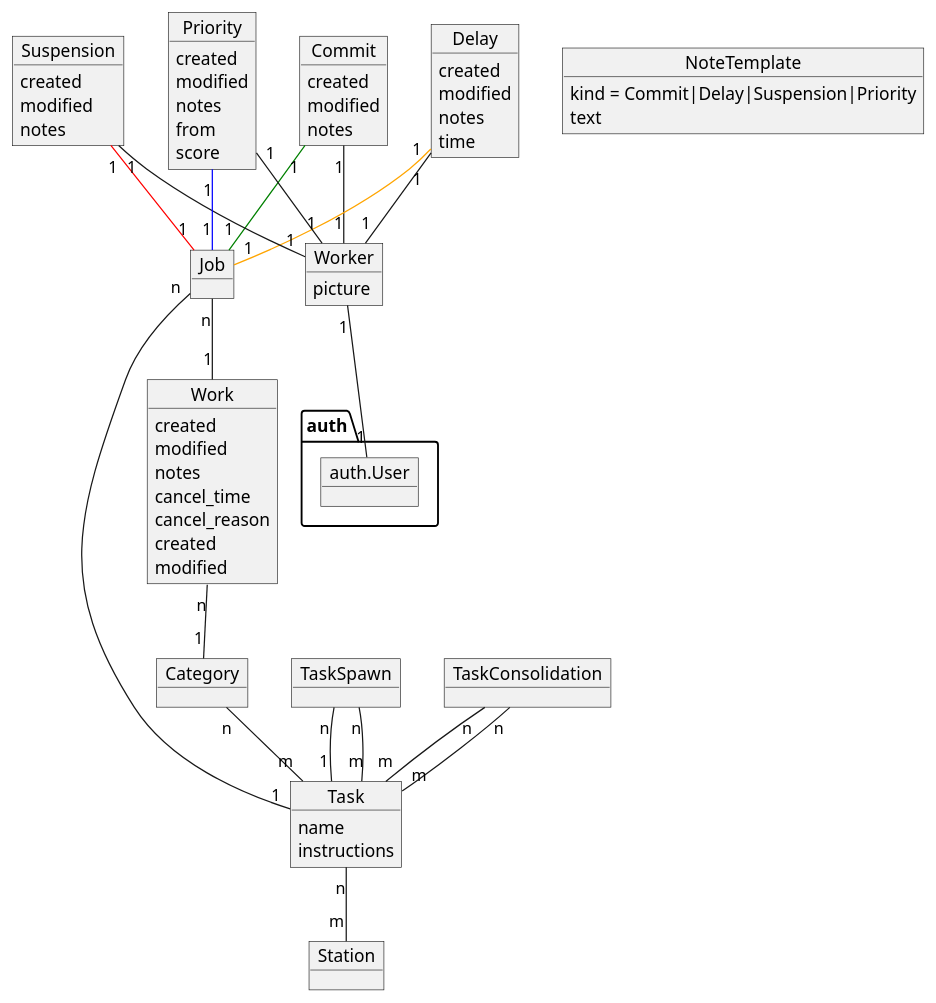
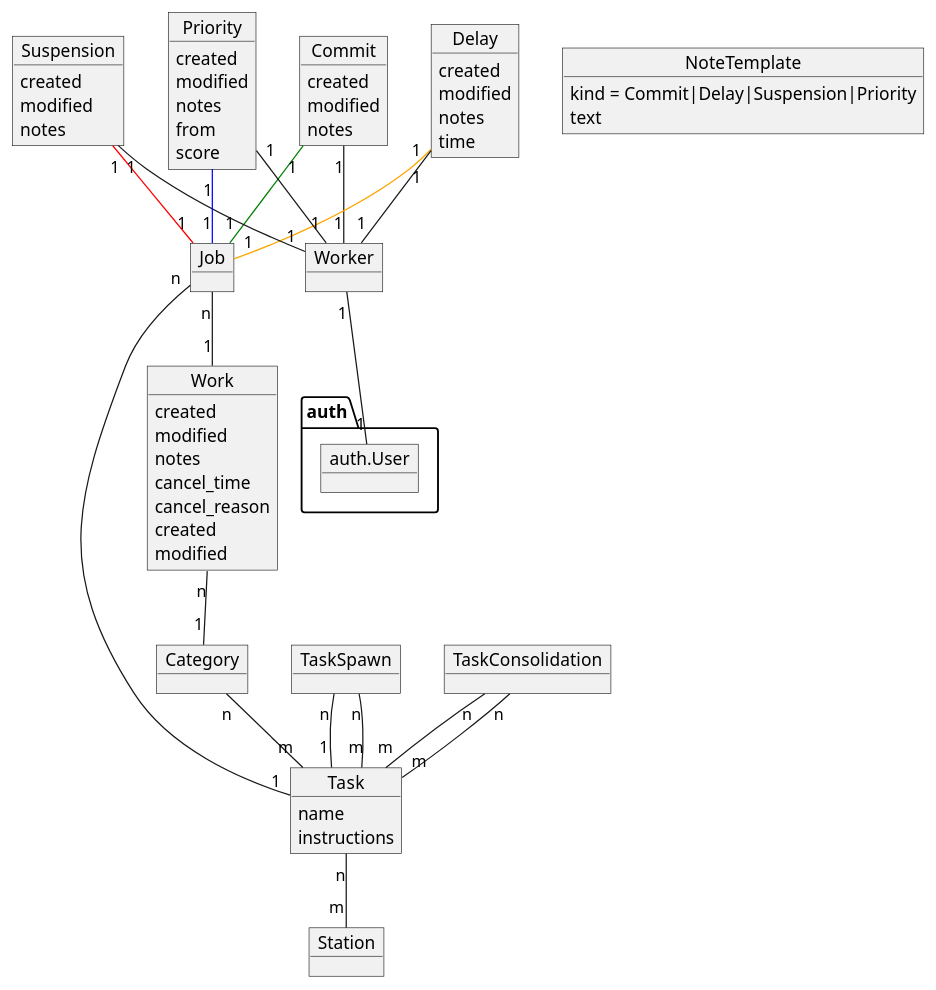
One commit to iriswm/iris changed the diagram in docs/application.plantuml. Above: the diagram before and after it, drawn with PlantUML. The commit also changed 2 other files, not shown here.

Commit message:
Remove worker pictures

```diff
--- a/docs/application.plantuml
+++ b/docs/application.plantuml
@@ -1,193 +1,189 @@
 @startuml
 
 /'
 
 Each time the workshop receives a new order, each single item to be created is
 stored as a `Work` in the Iris site.
 
 Works track creation and modification times, can have notes and can be
 cancelled.
 
 '/
 
 object Work
 
 Work : created
 Work : modified
 Work : notes
 Work : cancel_time
 Work : cancel_reason
 
 /'
 
 Each work will be part of a `Category`. Categories will map each work to a set
 of tasks (`Task` objects).
 
 Each task has individual `instructions` and a simple `name`.
 
 When a new work is created, the category is checked and an appropriate set of
 jobs are created (`Job` objects). Each of this jobs, when completed, will span
 extra works according to another model called `TaskSpawn`. Also, some tasks
 will be spawned when a set of tasks for the same line are completed (only when
 they are all completed). This tasks depending on sets of tasks are kept in the
 model `TaskConsolidation`.
 
 '/
 
 object Category
 
 Work "n" -- "1" Category
 
 object Task
 
 Category "n" -- "m" Task
 
 Task : name
 Task : instructions
 
 object Job
 
 Job "n" -- "1" Task
 Job "n" -- "1" Work
 
 object TaskSpawn
 object TaskConsolidation
 
 TaskSpawn "n" -- "1" Task
 TaskSpawn "n" -- "m" Task
 TaskConsolidation "n" -- "m" Task
 TaskConsolidation "n" -- "m" Task
 
 /'
 
 The items in the models `Task`, `Category`, `TaskSpawn` and `TaskConsolidation`
 represent trees of works needed to consider an order fulfilled.
 
 The works can be completed by any worker, identified in the model `Worker` and
 connected to an Django `User`. The works are marked as completed creating a new
 item in another model called `Commit`.
 
-Worker can have a picture to ease visual identification in the site views.
-
 '/
 
 object Worker
 object auth.User
 
 Worker "1" -- "1" auth.User
-
-Worker : picture
 
 object Commit
 
 Commit "1" -[#green]- "1" Job
 Commit "1" -- "1" Worker
 
 /'
 
 The items in `Work` and `Commit` are timestamped to keep track of the amount of
 time needed by each item in an Order and offer proper estimations and reports.
 The commits also have `notes`.
 
 '/
 
 Work : created
 Work : modified
 Commit : created
 Commit : modified
 Commit : notes
 
 /'
 
 The main purpose of the Iris site is to keep a list of station profiles in a
 `Station` model and offer a detail page for each station when the workers in
 the station can see the tasks pending work and the information needed for each
 task. The secondary purpose is to help with the estimation of order completion
 times and the tertiary purpose is to offer insights into work efficiency and
 performance.
 
 '/
 
 object Station
 
 Task "n" -- "m" Station
 
 /'
 
 The interface will be keep as simple as possible and will have utilities to
 ease the interaction using touch screens. A simple way to switch between
 workers profiles or an alternative should be provided. Also, a system for
 adding common notes using a few touches may be helpful.
 
 '/
 
 object NoteTemplate
 NoteTemplate : kind = Commit|Delay|Suspension|Priority
 NoteTemplate : text
 
 /'
 
 Abnormal workflows in works will be handled using extra models:
 
 '/
 
 /'
 
 - The `Delay` model, with a specific time specified to hide the work in the
   station during that time and a note.
 
 '/
 
 object Delay
 
 Delay "1" -[#orange]- "1" Job
 Delay "1" -- "1" Worker
 
 Delay : created
 Delay : modified
 Delay : notes
 Delay : time
 
 /'
 
 - The `Suspension` model, for halts in works without time estimations, also
   with a note.
 
 '/
 
 object Suspension
 
 Suspension "1" -[#red]- "1" Job
 Suspension "1" -- "1" Worker
 
 Suspension : created
 Suspension : modified
 Suspension : notes
 
 /'
 
 - The `Priority` model, to give extra priority to certain work from a specific
   date. This will override the default FIFO order for works with a different
   score. The higher the score the higher the priority.
 
 '/
 
 object Priority
 
 Priority "1" -[#blue]- "1" Job
 Priority "1" -- "1" Worker
 
 Priority : created
 Priority : modified
 Priority : notes
 Priority : from
 Priority : score
 
 /'
 
 A system of alerts to handle delays or suspensions is also considerably useful
 to have, but in the meantime, an screen to show them should be enough.
 
 '/
 
 @enduml
```
